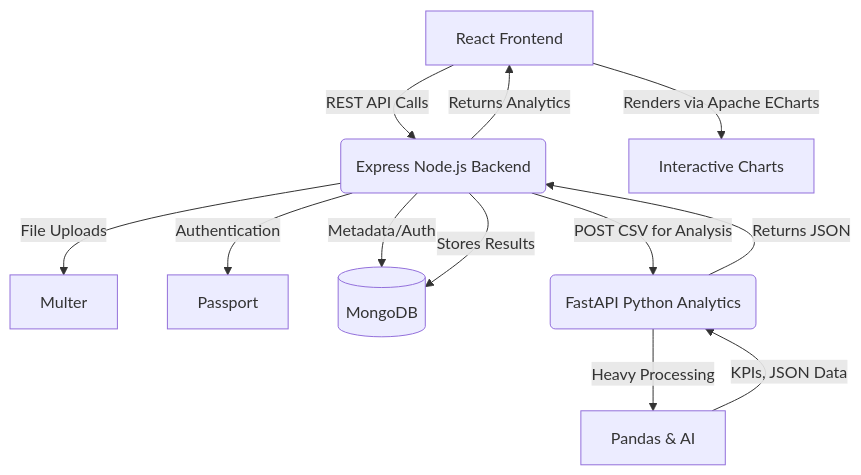
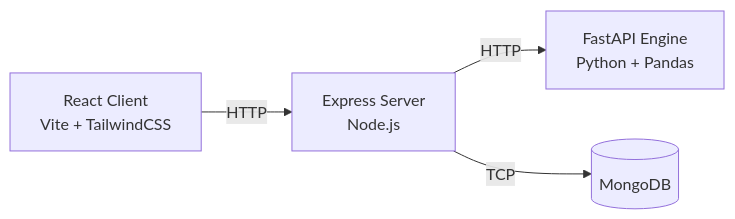
The diagram in README.md (vivekmisar/Saas_Sales_Application), drawn with Mermaid before and after one commit. The commit also changed other lines of this file and 28 other files, not shown here.

````diff
--- a/README.md
+++ b/README.md
@@ -9,14 +13,6 @@
 ```mermaid
-graph TD
-    A[React Frontend] -->|REST API Calls| B(Express Node.js Backend)
-    B -->|File Uploads| F[Multer]
-    B -->|Authentication| G[Passport]
-    B -->|Metadata/Auth| H[(MongoDB)]
-    B -->|POST CSV for Analysis| C(FastAPI Python Analytics)
-    C -->|Heavy Processing| D[Pandas & AI]
-    D -->|KPIs, JSON Data| C
-    C -->|Returns JSON| B
-    B -->|Stores Results| H
-    B -->|Returns Analytics| A
-    A -->|Renders via Apache ECharts| E[Interactive Charts]
+graph LR
+    A[React Client<br/>Vite + TailwindCSS] -->|HTTP| B[Express Server<br/>Node.js]
+    B -->|HTTP| C[FastAPI Engine<br/>Python + Pandas]
+    B -->|TCP| D[(MongoDB)]
 ```
````
